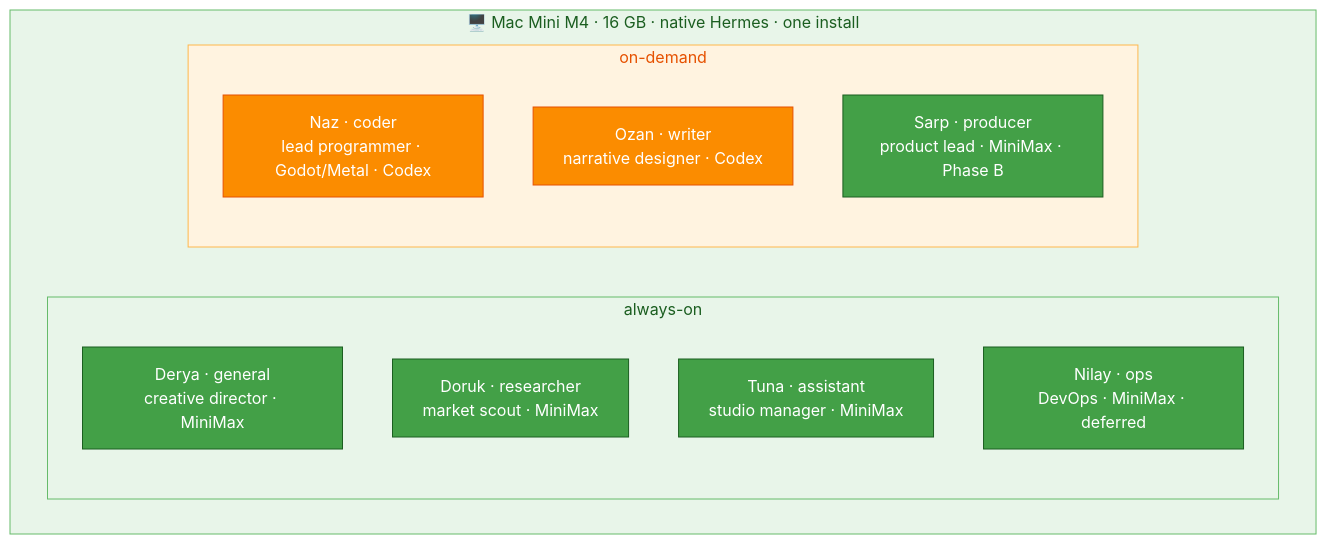
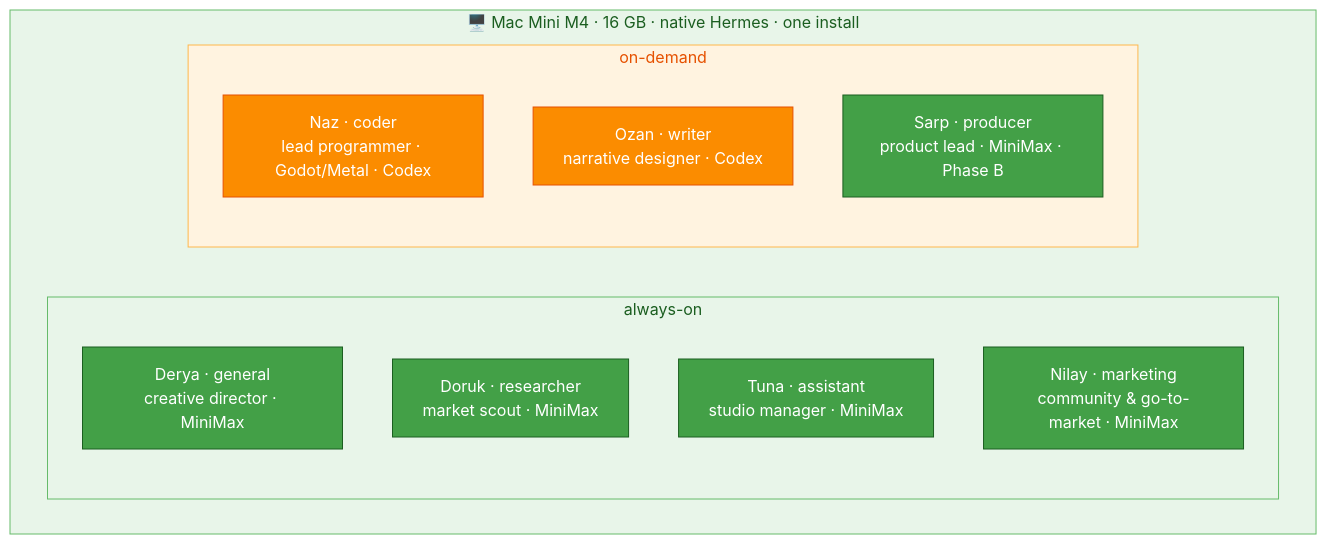
The diagram in docs/02-agents.md (mpolatcan/hermes-setup), drawn with Mermaid (base theme) before and after one commit. The commit also changed other lines of this file and 12 other files, not shown here.

First line of the commit message:
refactor: repurpose 7th agent ops(Nilay/DevOps) -> marketing(Nilay)

````diff
--- a/docs/02-agents.md
+++ b/docs/02-agents.md
@@ -7,21 +7,21 @@
 ```mermaid
 flowchart TB
     subgraph Mini["🖥️ Mac Mini M4 · 16 GB · native Hermes · one install"]
         subgraph always["always-on"]
             general["Derya · general<br/>creative director · MiniMax"]:::mini
             researcher["Doruk · researcher<br/>market scout · MiniMax"]:::mini
             assistant["Tuna · assistant<br/>studio manager · MiniMax"]:::mini
-            ops["Nilay · ops<br/>DevOps · MiniMax · deferred"]:::mini
+            marketing["Nilay · marketing<br/>community & go-to-market · MiniMax"]:::mini
         end
         subgraph demand["on-demand"]
             coder["Naz · coder<br/>lead programmer · Godot/Metal · Codex"]:::codex
             writer["Ozan · writer<br/>narrative designer · Codex"]:::codex
             producer["Sarp · producer<br/>product lead · MiniMax · Phase B"]:::mini
         end
     end
     classDef mini fill:#43A047,stroke:#1B5E20,color:#fff
     classDef codex fill:#FB8C00,stroke:#E65100,color:#fff
     style Mini fill:#E8F5E9,stroke:#66BB6A,color:#1B5E20
     style always fill:#E8F5E9,stroke:#66BB6A,color:#1B5E20
     style demand fill:#FFF3E0,stroke:#FFB74D,color:#E65100
 ```
````
